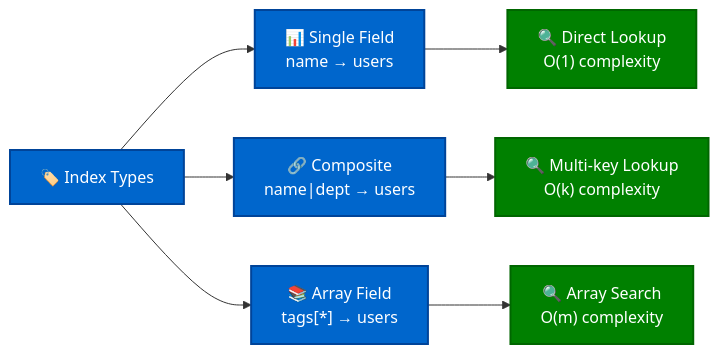
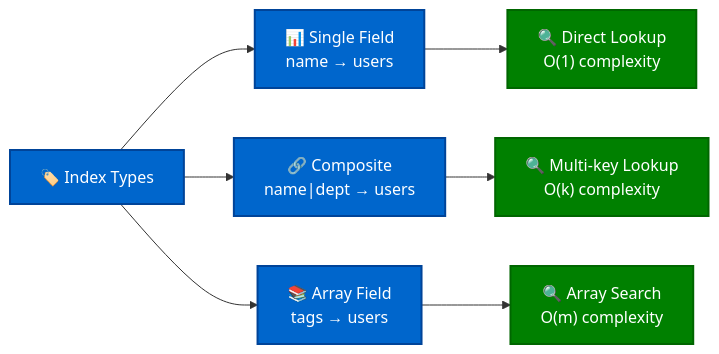
One commit to avoidwork/haro changed the fourth of 9 diagrams in docs/TECHNICAL_DOCUMENTATION.md. Above: the diagram before and after it, drawn with Mermaid. The commit also changed other lines of this file, not shown here.

````diff
--- a/docs/TECHNICAL_DOCUMENTATION.md
+++ b/docs/TECHNICAL_DOCUMENTATION.md
@@ -157,16 +137,16 @@
 ```mermaid
 graph LR
     A["🏷️ Index Types"] --> B["📊 Single Field<br/>name → users"]
     A --> C["🔗 Composite<br/>name|dept → users"]
-    A --> D["📚 Array Field<br/>tags[*] → users"]
+    A --> D["📚 Array Field<br/>tags → users"]
     
     B --> E["🔍 Direct Lookup<br/>O(1) complexity"]
     C --> F["🔍 Multi-key Lookup<br/>O(k) complexity"]
     D --> G["🔍 Array Search<br/>O(m) complexity"]
     
     classDef indexType fill:#0066CC,stroke:#004499,stroke-width:2px,color:#fff
     classDef performance fill:#008000,stroke:#006600,stroke-width:2px,color:#fff
     
     class A,B,C,D indexType
     class E,F,G performance
 ```
````
